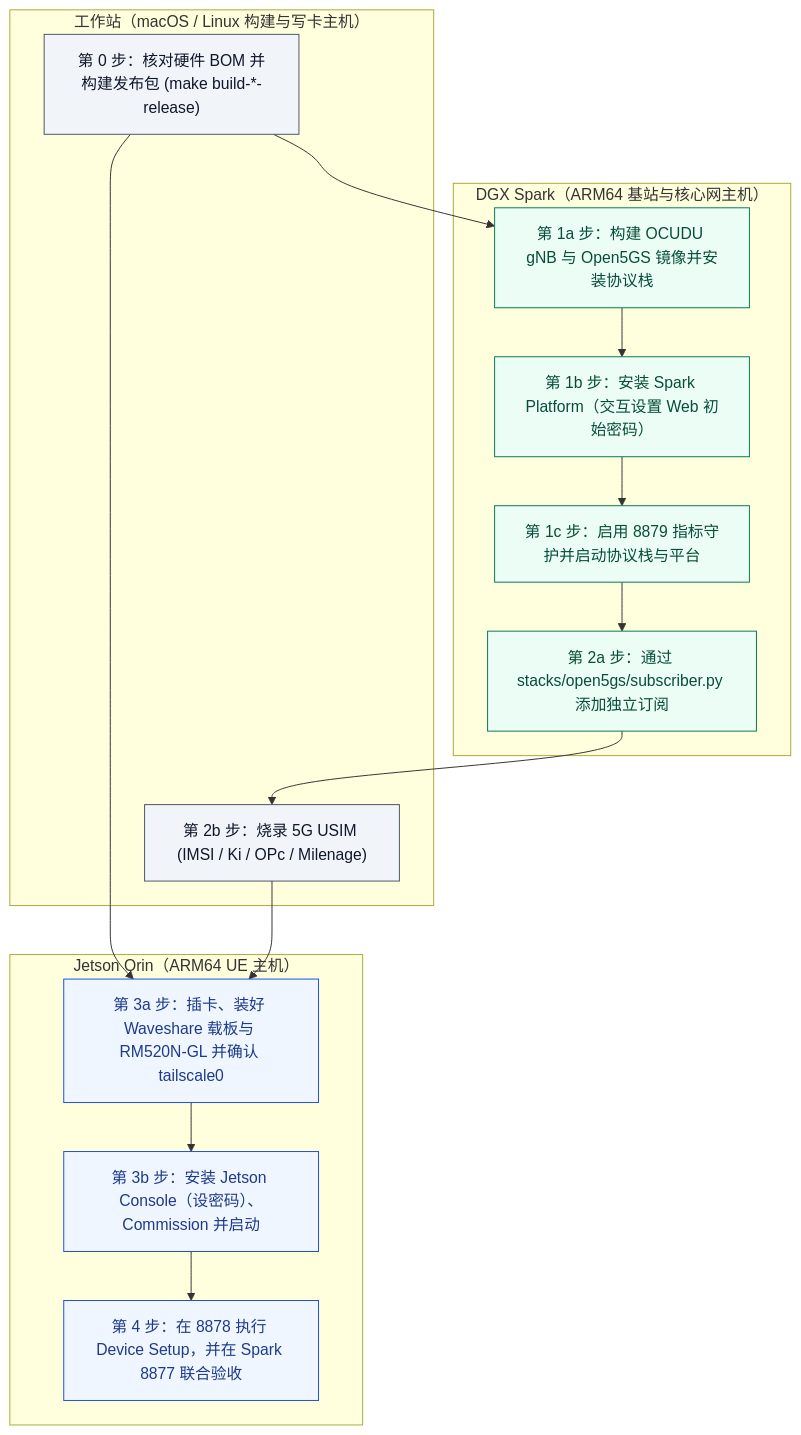
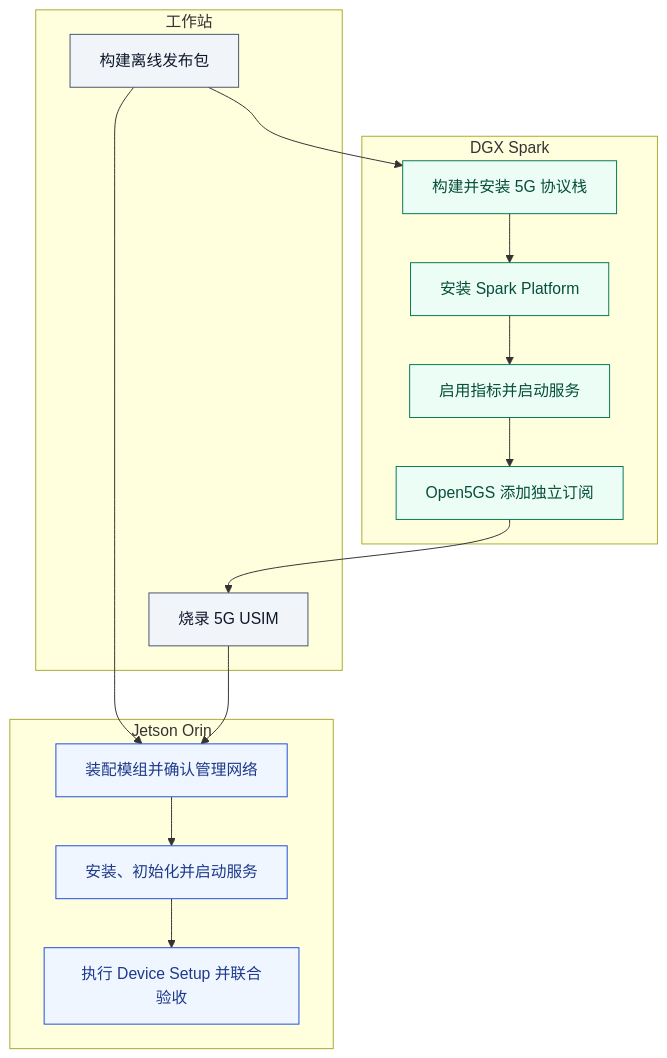
The diagram in docs/quickstart.zh-CN.md (HKUOpenSource/OpenAirKit), drawn with Mermaid before and after one commit. The commit also changed other lines of this file and 48 other files, not shown here.

````diff
--- a/docs/quickstart.zh-CN.md
+++ b/docs/quickstart.zh-CN.md
@@ -10,31 +10,31 @@
 ```mermaid
 flowchart TD
   classDef ws fill:#f1f5f9,stroke:#475569,color:#0f172a
   classDef spark fill:#ecfdf5,stroke:#047857,color:#064e3b
   classDef jetson fill:#eff6ff,stroke:#1d4ed8,color:#1e3a8a
 
-  subgraph WS["工作站（macOS / Linux 构建与写卡主机）"]
-    S0["第 0 步：核对硬件 BOM 并构建发布包 (make build-*-release)"]:::ws
-    S2B["第 2b 步：烧录 5G USIM (IMSI / Ki / OPc / Milenage)"]:::ws
+  subgraph WS["工作站"]
+    S0["构建离线发布包"]:::ws
+    S2B["烧录 5G USIM"]:::ws
   end
 
-  subgraph SPARK["DGX Spark（ARM64 基站与核心网主机）"]
-    S1A["第 1a 步：构建 OCUDU gNB 与 Open5GS 镜像并安装协议栈"]:::spark
-    S1B["第 1b 步：安装 Spark Platform（交互设置 Web 初始密码）"]:::spark
-    S1C["第 1c 步：启用 8879 指标守护并启动协议栈与平台"]:::spark
-    S2A["第 2a 步：通过 stacks/open5gs/subscriber.py 添加独立订阅"]:::spark
+  subgraph SPARK["DGX Spark"]
+    S1A["构建并安装 5G 协议栈"]:::spark
+    S1B["安装 Spark Platform"]:::spark
+    S1C["启用指标并启动服务"]:::spark
+    S2A["Open5GS 添加独立订阅"]:::spark
     S1A --> S1B --> S1C --> S2A
   end
 
-  subgraph JETSON["Jetson Orin（ARM64 UE 主机）"]
-    S3A["第 3a 步：插卡、装好 Waveshare 载板与 RM520N-GL 并确认 tailscale0"]:::jetson
-    S3B["第 3b 步：安装 Jetson Console（设密码）、Commission 并启动"]:::jetson
-    S4["第 4 步：在 8878 执行 Device Setup，并在 Spark 8877 联合验收"]:::jetson
+  subgraph JETSON["Jetson Orin"]
+    S3A["装配模组并确认管理网络"]:::jetson
+    S3B["安装、初始化并启动服务"]:::jetson
+    S4["执行 Device Setup 并联合验收"]:::jetson
     S3A --> S3B --> S4
   end
 
   S0 --> S1A
   S0 --> S3A
   S2A --> S2B
   S2B --> S3A
 ```
````
